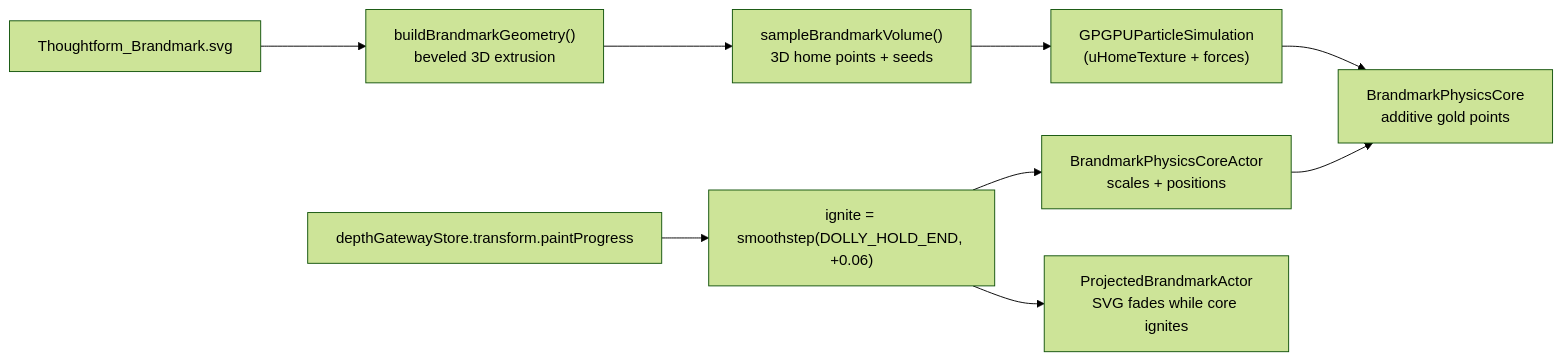
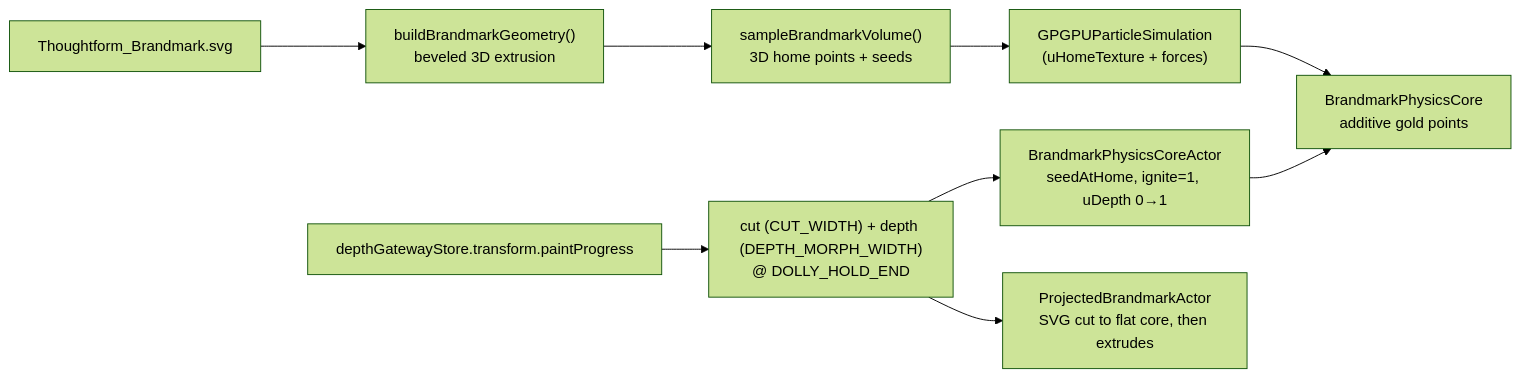
Before and after one commit to thoughtform-co/thoughtform: the diagram in sentinel/decisions/023-corridor-brandmark-physics-core.md, drawn with Mermaid (forest theme). The commit also changed other lines of this file and 7 other files, not shown here.

First line of the commit message:
tweak(landing): morph SVG brandmark into particle core without swirl

````diff
--- a/sentinel/decisions/023-corridor-brandmark-physics-core.md
+++ b/sentinel/decisions/023-corridor-brandmark-physics-core.md
@@ -53,11 +61,11 @@
 ```mermaid
 flowchart LR
   svg["Thoughtform_Brandmark.svg"] --> geo["buildBrandmarkGeometry()<br/>beveled 3D extrusion"]
   geo --> samp["sampleBrandmarkVolume()<br/>3D home points + seeds"]
   samp --> sim["GPGPUParticleSimulation<br/>(uHomeTexture + forces)"]
   sim --> core["BrandmarkPhysicsCore<br/>additive gold points"]
-  store["depthGatewayStore.transform.paintProgress"] --> ignite["ignite = smoothstep(DOLLY_HOLD_END, +0.06)"]
-  ignite --> actor["BrandmarkPhysicsCoreActor<br/>scales + positions"]
+  store["depthGatewayStore.transform.paintProgress"] --> gate["cut (CUT_WIDTH) + depth (DEPTH_MORPH_WIDTH)<br/>@ DOLLY_HOLD_END"]
+  gate --> actor["BrandmarkPhysicsCoreActor<br/>seedAtHome, ignite=1, uDepth 0→1"]
   actor --> core
-  ignite --> svgactor["ProjectedBrandmarkActor<br/>SVG fades while core ignites"]
+  gate --> svgactor["ProjectedBrandmarkActor<br/>SVG cut to flat core, then extrudes"]
 ```
````
